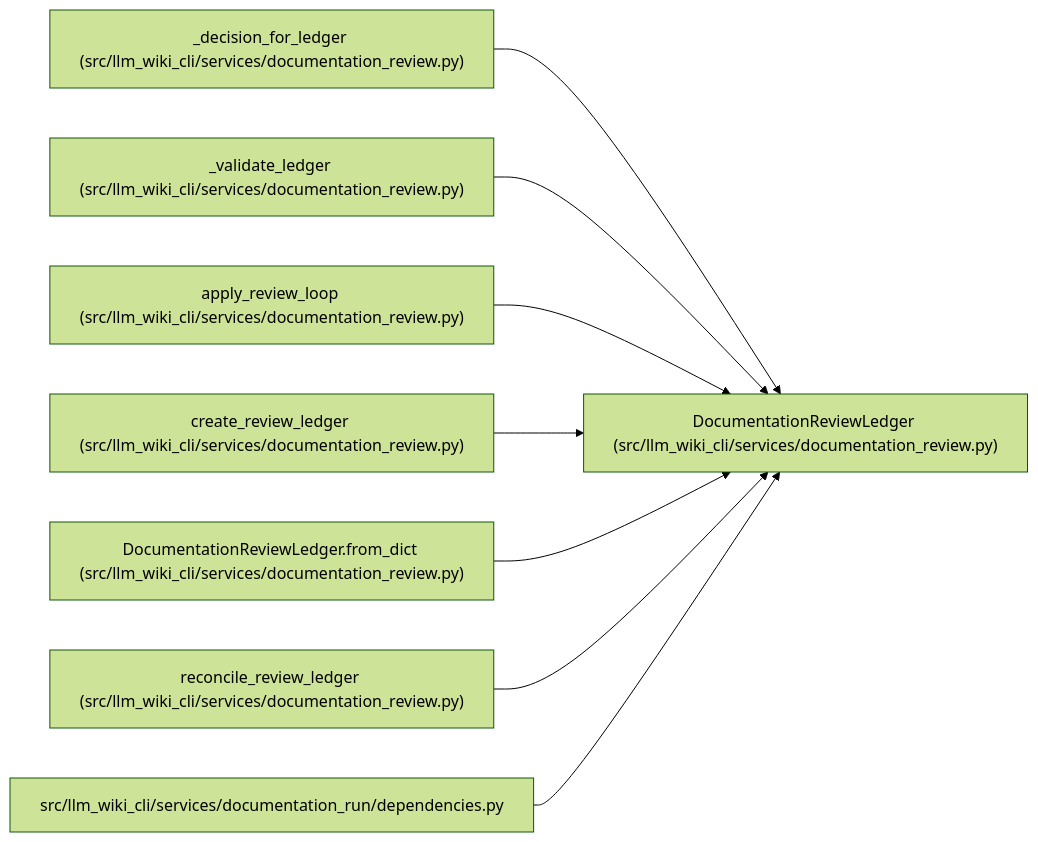
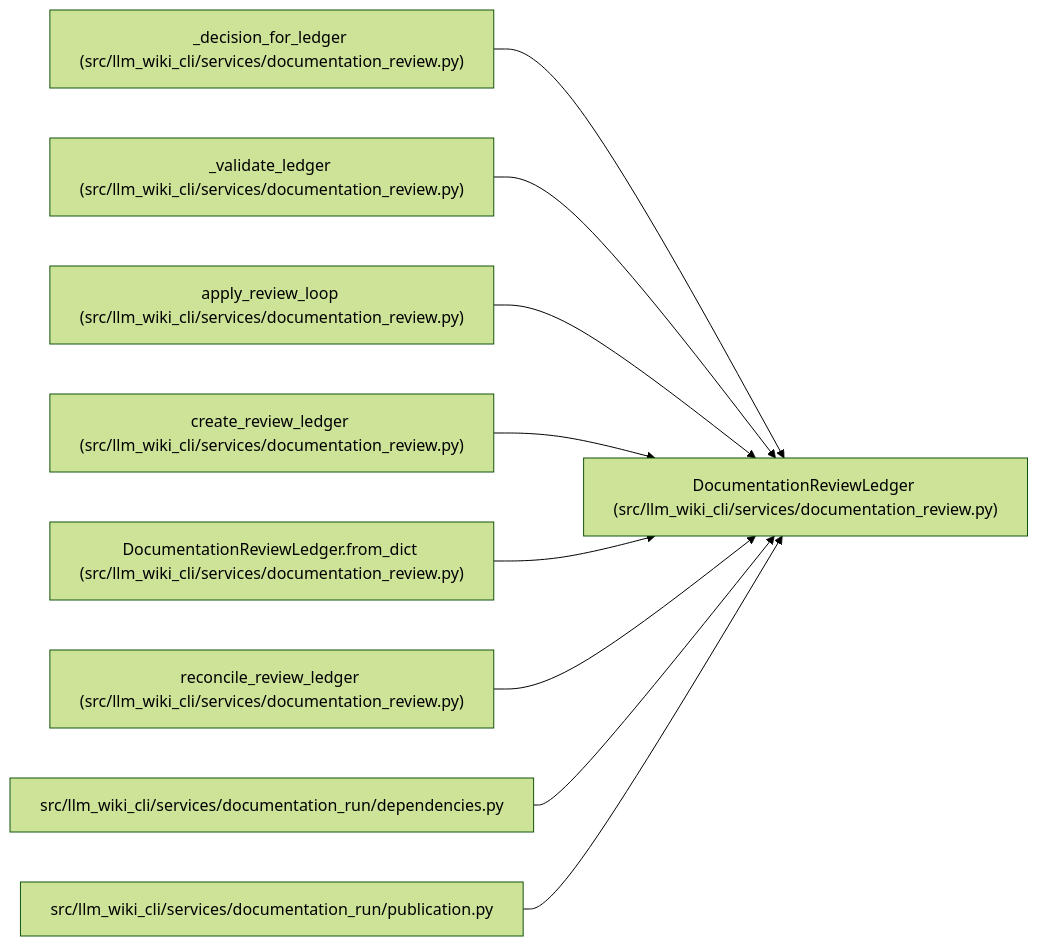
The diagram in docs/llm_wiki/entities/DocumentationReviewLedger.md (Denissvgn/python-wiki-llm), drawn with Mermaid (forest theme) before and after one commit. The commit also changed other lines of this file and 375 other files, not shown here.

Commit message:
feat: propose independently reviewed patches for mapped wiki documentation

````diff
--- a/docs/llm_wiki/entities/DocumentationReviewLedger.md
+++ b/docs/llm_wiki/entities/DocumentationReviewLedger.md
@@ -41,26 +41,29 @@
 ```mermaid
 flowchart LR
     n0["DocumentationReviewLedger (src/llm_wiki_cli/services/documentation_review.py)"]
     n1["_decision_for_ledger (src/llm_wiki_cli/services/documentation_review.py)"]
     n2["_validate_ledger (src/llm_wiki_cli/services/documentation_review.py)"]
     n3["apply_review_loop (src/llm_wiki_cli/services/documentation_review.py)"]
     n4["create_review_ledger (src/llm_wiki_cli/services/documentation_review.py)"]
     n5["DocumentationReviewLedger.from_dict (src/llm_wiki_cli/services/documentation_review.py)"]
     n6["reconcile_review_ledger (src/llm_wiki_cli/services/documentation_review.py)"]
     n7["src/llm_wiki_cli/services/documentation_run/dependencies.py"]
+    n8["src/llm_wiki_cli/services/documentation_run/publication.py"]
     n1 --> n0
     n2 --> n0
     n3 --> n0
     n4 --> n0
     n5 --> n0
     n6 --> n0
     n7 --> n0
+    n8 --> n0
     click n0 "../modules/documentation_review.md"
     click n1 "../modules/documentation_review.md"
     click n2 "../modules/documentation_review.md"
     click n3 "../modules/documentation_review.md"
     click n4 "../modules/documentation_review.md"
     click n5 "../modules/documentation_review.md"
     click n6 "../modules/documentation_review.md"
     click n7 "../modules/documentation_run_dependencies.md"
+    click n8 "../modules/publication.md"
 ```
````
